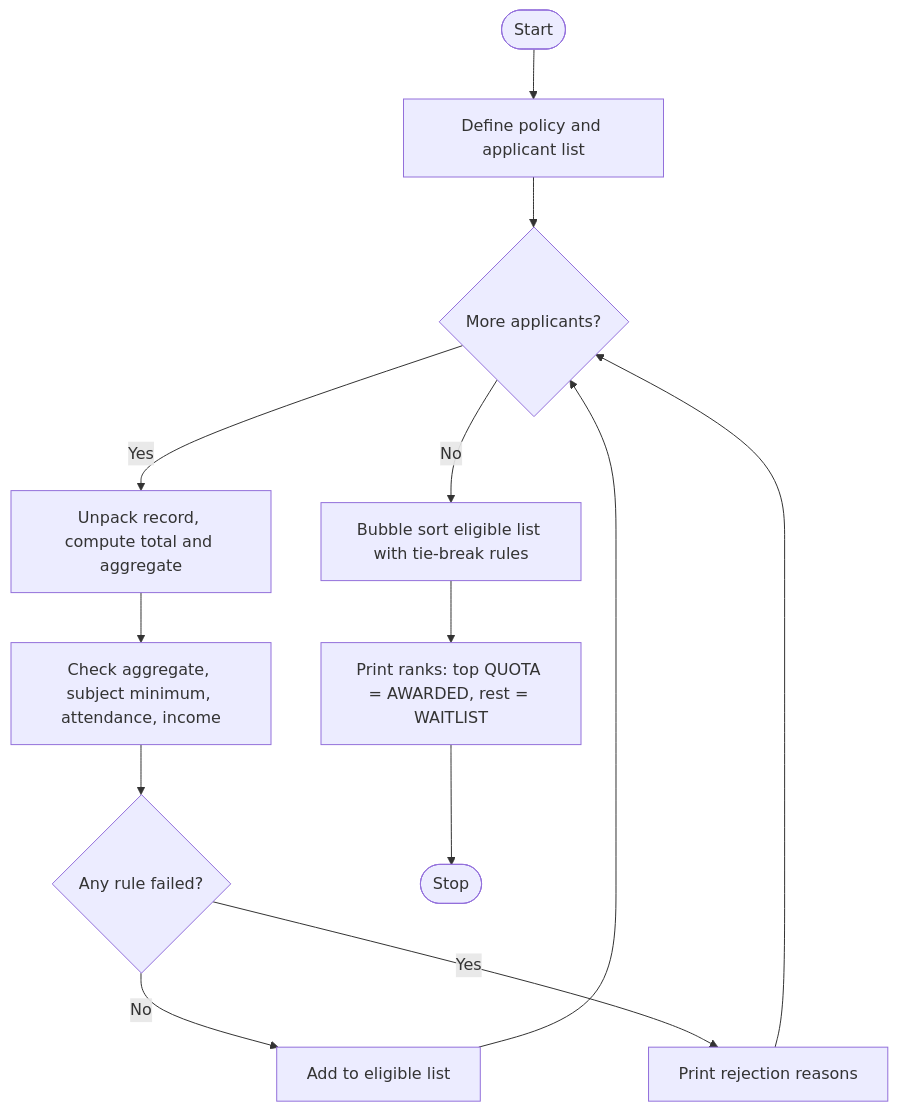
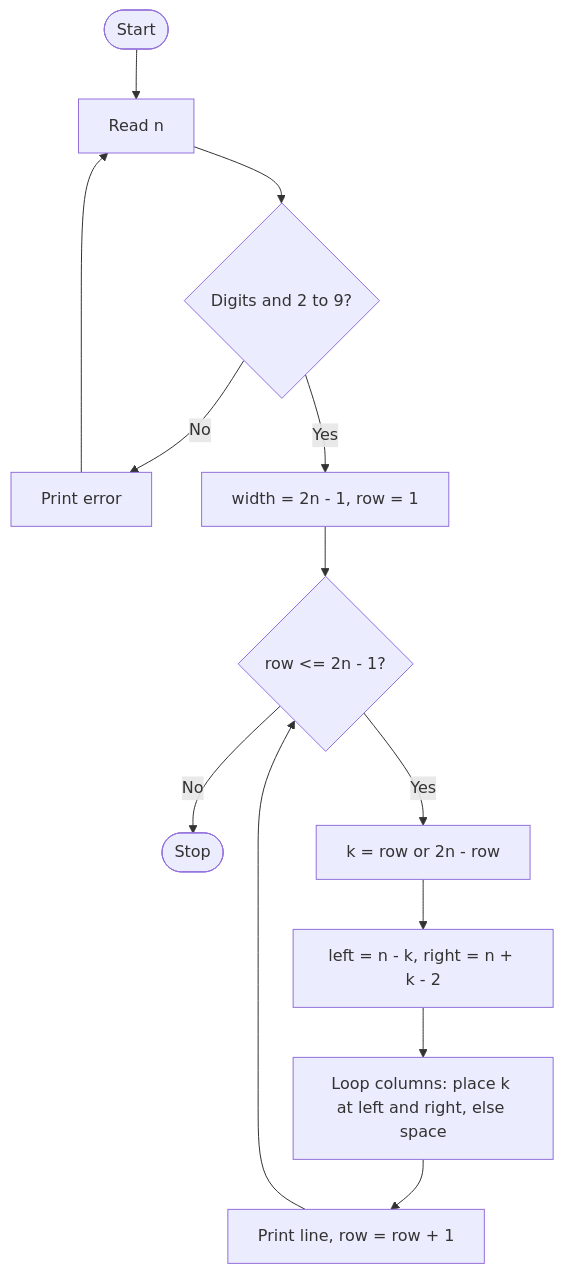
Before and after one commit to shoukatsk28-gif/python-Activity-Based-Learning: the diagram in README.md, drawn with Mermaid. The commit also changed other lines of this file and 2 other files, not shown here.

````diff
--- a/README.md
+++ b/README.md
@@ -63,15 +49,14 @@
 ```mermaid
 flowchart TD
-    A([Start]) --> B[Define policy and applicant list]
-    B --> C{More applicants?}
-    C -- Yes --> D[Unpack record, compute total and aggregate]
-    D --> E[Check aggregate, subject minimum, attendance, income]
-    E --> F{Any rule failed?}
-    F -- No --> G[Add to eligible list]
-    F -- Yes --> H[Print rejection reasons]
-    G --> C
-    H --> C
-    C -- No --> I[Bubble sort eligible list with tie-break rules]
-    I --> J[Print ranks: top QUOTA = AWARDED, rest = WAITLIST]
-    J --> K([Stop])
+    A([Start]) --> B[Read n]
+    B --> C{Digits and 2 to 9?}
+    C -- No --> D[Print error] --> B
+    C -- Yes --> E[width = 2n - 1, row = 1]
+    E --> F{row <= 2n - 1?}
+    F -- No --> Z([Stop])
+    F -- Yes --> G[k = row or 2n - row]
+    G --> H[left = n - k, right = n + k - 2]
+    H --> I[Loop columns: place k at left and right, else space]
+    I --> J[Print line, row = row + 1]
+    J --> F
 ```
````
